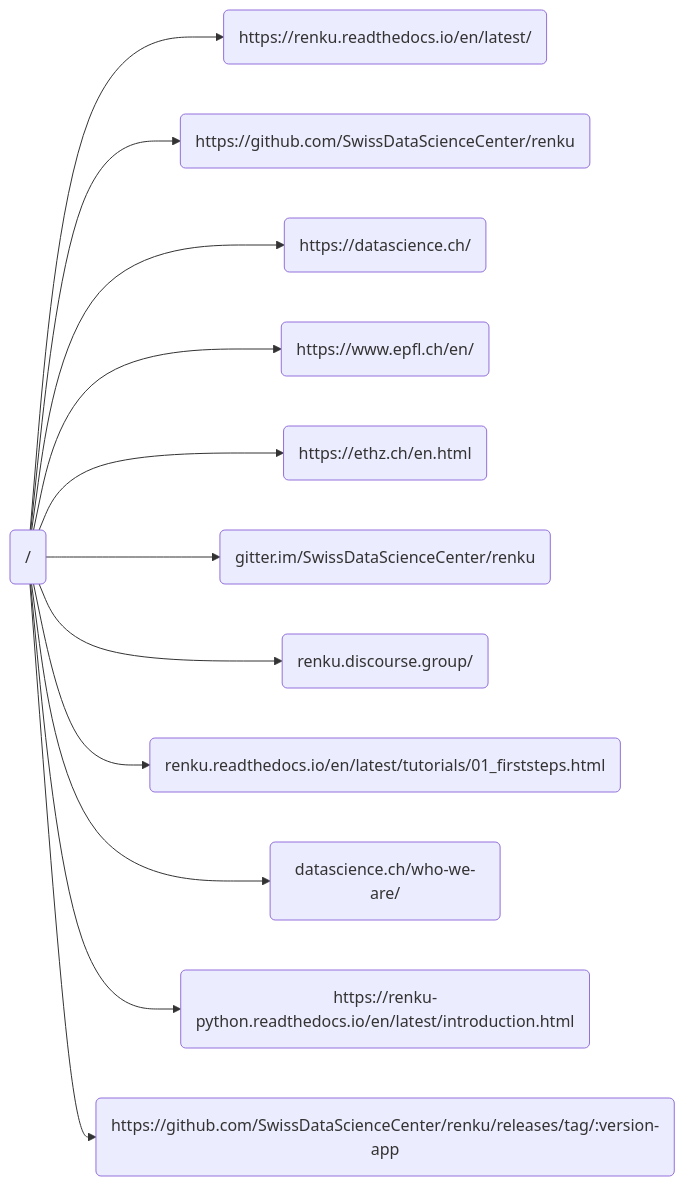
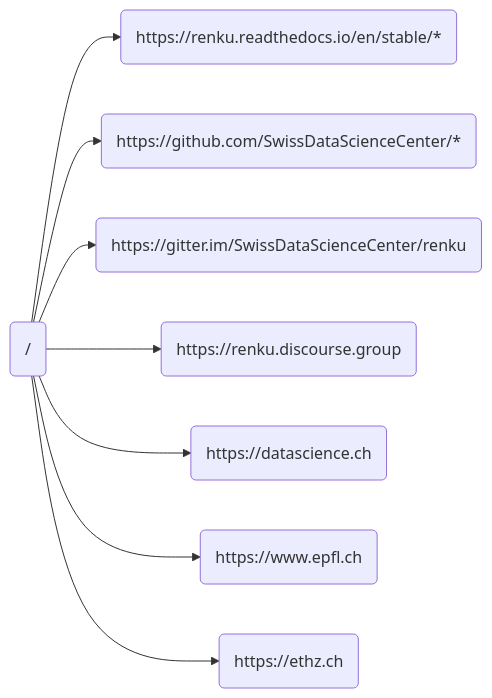
One commit to SwissDataScienceCenter/renku-ui changed the second of 2 diagrams in README.md. Above: the diagram before and after it, drawn with Mermaid. The commit also changed other lines of this file and 4 other files, not shown here.

````diff
--- a/README.md
+++ b/README.md
@@ -363,14 +272,10 @@
 ```mermaid
 flowchart LR
-      A(/)-->B(https://renku.readthedocs.io/en/latest/)
-      A-->C(https://github.com/SwissDataScienceCenter/renku)
-      A-->D(https://datascience.ch/)
-      A-->E(https://www.epfl.ch/en/)
-      A-->F(https://ethz.ch/en.html)
-      A-->G(gitter.im/SwissDataScienceCenter/renku)
-      A-->H(renku.discourse.group/)
-      A-->I(renku.readthedocs.io/en/latest/tutorials/01_firststeps.html)
-      A-->J(datascience.ch/who-we-are/)
-      A-->K(https://renku-python.readthedocs.io/en/latest/introduction.html)
-      A-->L(https://github.com/SwissDataScienceCenter/renku/releases/tag/:version-app)
+    A(/)-->B(https://renku.readthedocs.io/en/stable/*)
+    A-->C(https://github.com/SwissDataScienceCenter/*)
+    A-->G(https://gitter.im/SwissDataScienceCenter/renku)
+    A-->H(https://renku.discourse.group)
+    A-->D(https://datascience.ch)
+    A-->E(https://www.epfl.ch)
+    A-->F(https://ethz.ch)
 ```
````
